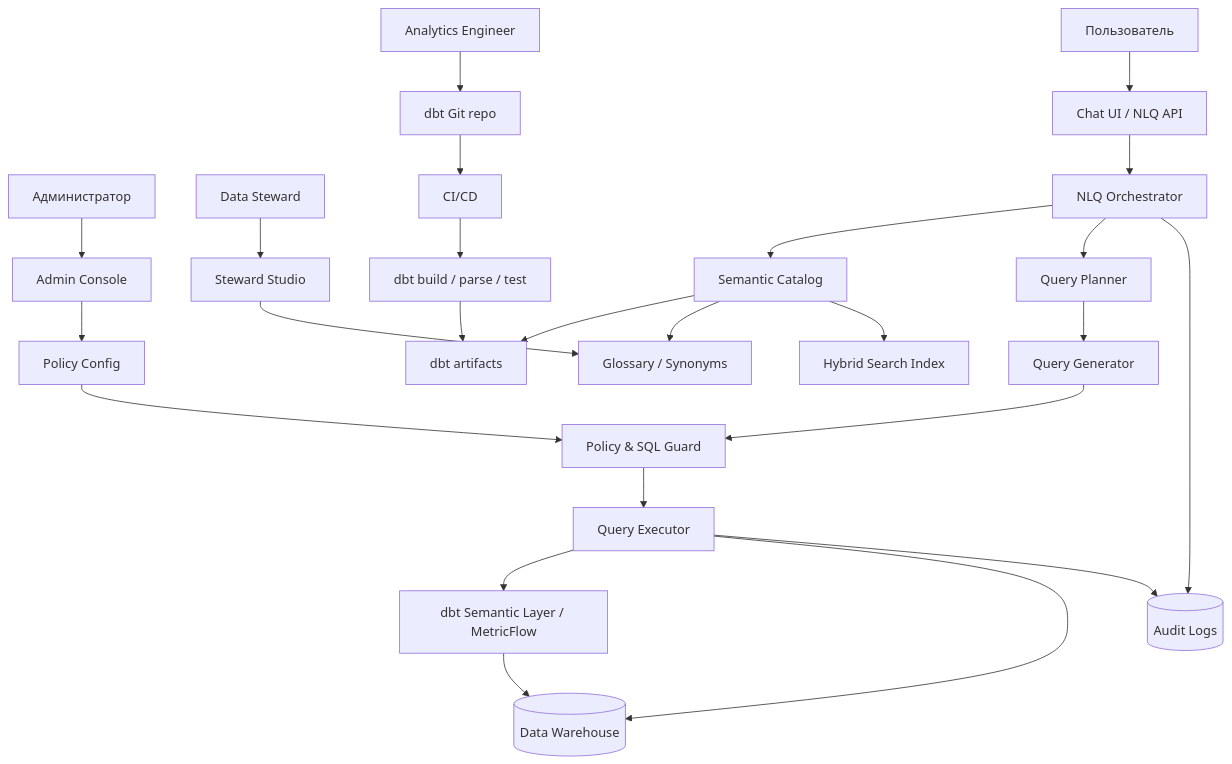
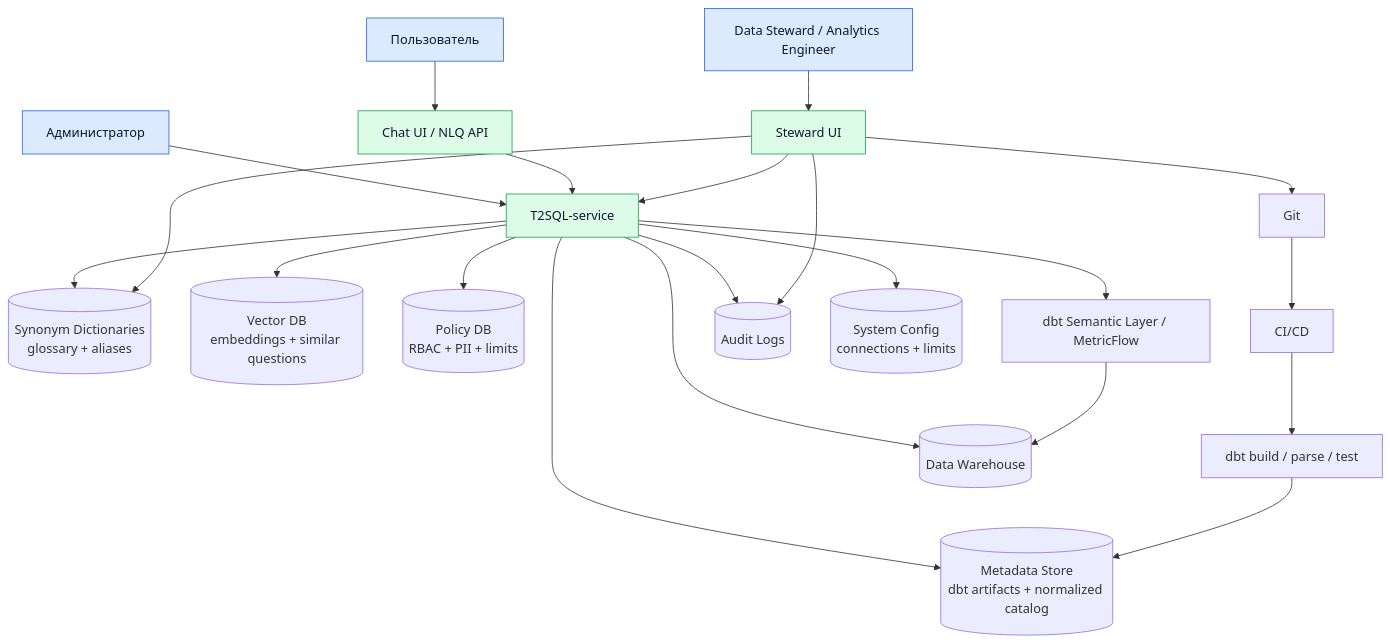
One commit to MikeYu123/texttosql changed the first of 2 diagrams in spec.md. Above: the diagram before and after it, drawn with Mermaid. The commit also changed other lines of this file and 3 other files, not shown here.

````diff
--- a/spec.md
+++ b/spec.md
@@ -29,33 +28,35 @@
 ```mermaid
 flowchart TB
     User[Пользователь] --> UI[Chat UI / NLQ API]
-    Admin[Администратор] --> AdminUI[Admin Console]
-    Steward[Data Steward] --> StewardUI[Steward Studio]
-    AE[Analytics Engineer] --> Git[dbt Git repo]
+    Admin[Администратор] --> T2SQL
+    Steward[Data Steward / Analytics Engineer] --> StewardUI[Steward UI]
 
-    UI --> Orchestrator[NLQ Orchestrator]
-    Orchestrator --> Catalog[Semantic Catalog]
-    Orchestrator --> Planner[Query Planner]
-    Planner --> Generator[Query Generator]
-    Generator --> Guard[Policy & SQL Guard]
-    Guard --> Executor[Query Executor]
+    UI --> T2SQL[T2SQL-service]
 
-    Catalog --> Artifacts[dbt artifacts]
-    Catalog --> Glossary[Glossary / Synonyms]
-    Catalog --> Search[Hybrid Search Index]
+    T2SQL --> Metadata[(Metadata Store<br/>dbt artifacts + normalized catalog)]
+    T2SQL --> Synonyms[(Synonym Dictionaries<br/>glossary + aliases)]
+    T2SQL --> VectorDB[(Vector DB<br/>embeddings + similar questions)]
+    T2SQL --> PolicyDB[(Policy DB<br/>RBAC + PII + limits)]
 
     Git --> CI[CI/CD]
     CI --> dbt[dbt build / parse / test]
-    dbt --> Artifacts
+    dbt --> Metadata
 
-    Executor --> SL[dbt Semantic Layer / MetricFlow]
-    Executor --> DWH[(Data Warehouse)]
+    T2SQL --> SL[dbt Semantic Layer / MetricFlow]
+    T2SQL --> DWH[(Data Warehouse)]
     SL --> DWH
 
-    Executor --> Audit[(Audit Logs)]
-    Orchestrator --> Audit
+    T2SQL --> Audit[(Audit Logs)]
 
-    AdminUI --> Policy[Policy Config]
-    Policy --> Guard
-    StewardUI --> Glossary
+    T2SQL --> Config[(System Config<br/>connections + limits)]
+    StewardUI --> T2SQL
+    StewardUI --> Git
+    StewardUI --> Synonyms
+    StewardUI --> Audit
+
+    classDef user fill:#dbeafe,stroke:#2563eb,color:#0f172a
+    classDef custom fill:#dcfce7,stroke:#16a34a,color:#0f172a
+
+    class User,Admin,Steward user
+    class UI,StewardUI,T2SQL custom
 ```
````
